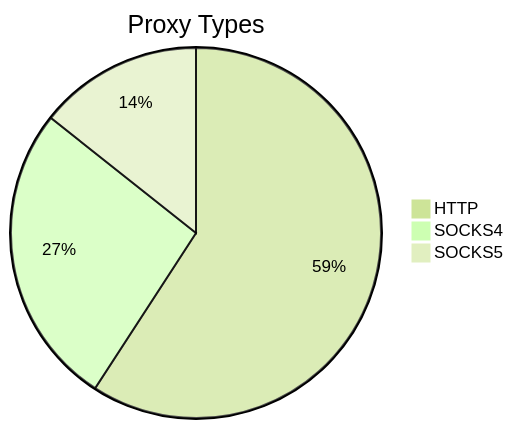
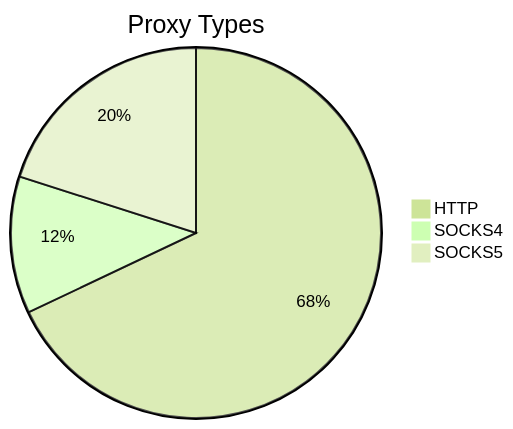
The first of 2 diagrams in README.md (stormsia/proxy-list), drawn with Mermaid (forest theme) before and after one commit. The commit also changed other lines of this file, not shown here.

````diff
--- a/README.md
+++ b/README.md
@@ -21,6 +21,6 @@
 ```mermaid
 pie title Proxy Types
-    "HTTP" : 413
-    "SOCKS4" : 185
-    "SOCKS5" : 100
+    "HTTP" : 193
+    "SOCKS4" : 34
+    "SOCKS5" : 57
 ```
````
